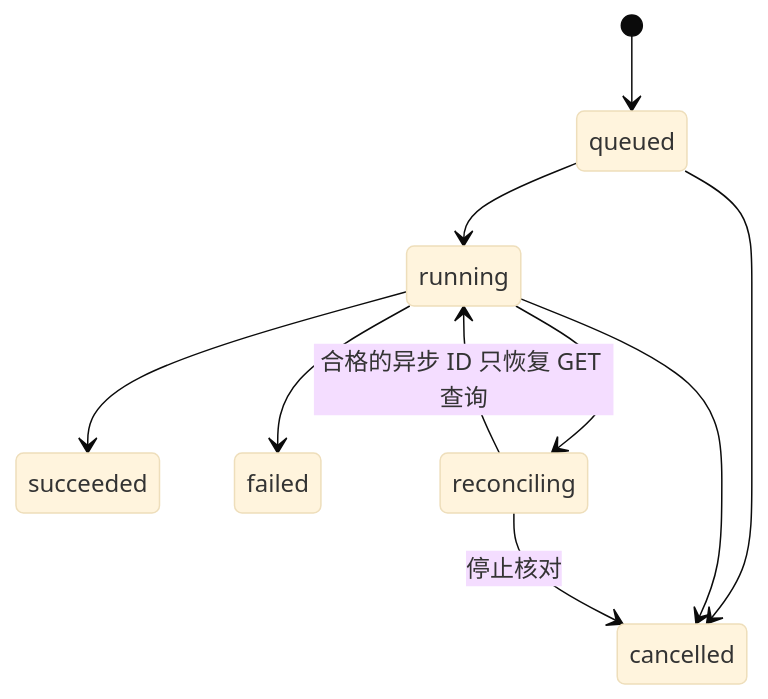
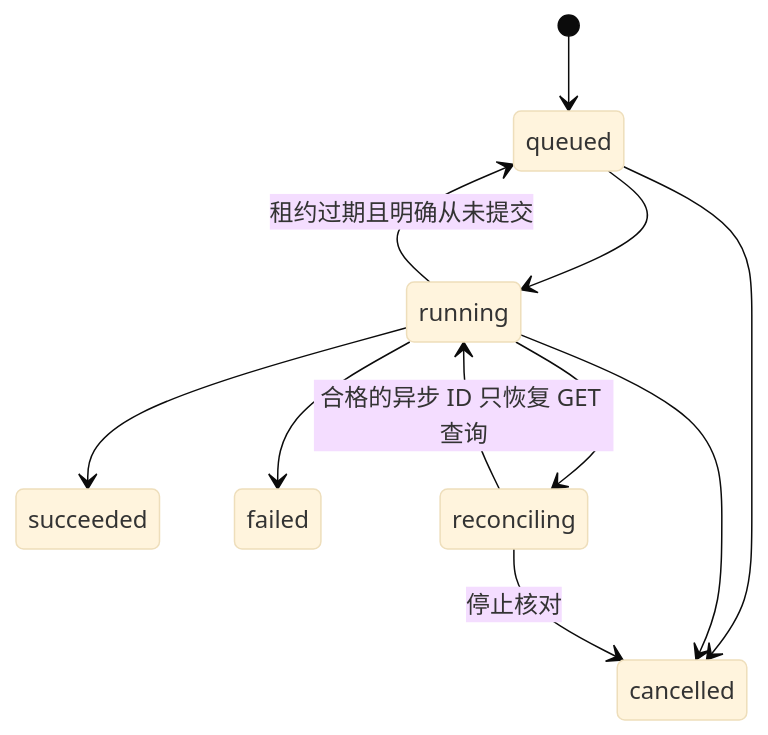
Before and after one commit to MilkFoam-L/zhizuo-studio: the second of 2 diagrams in docs/ARCHITECTURE.md, drawn with Mermaid (base theme). The commit also changed other lines of this file and 35 other files, not shown here.

````diff
--- a/docs/ARCHITECTURE.md
+++ b/docs/ARCHITECTURE.md
@@ -95,12 +107,13 @@
 ```mermaid
 stateDiagram-v2
     [*] --> queued
     queued --> running
     queued --> cancelled
     running --> succeeded
     running --> failed
     running --> reconciling
     running --> cancelled
+    running --> queued: 租约过期且明确从未提交
     reconciling --> running: 合格的异步 ID 只恢复 GET 查询
     reconciling --> cancelled: 停止核对
 ```
````
